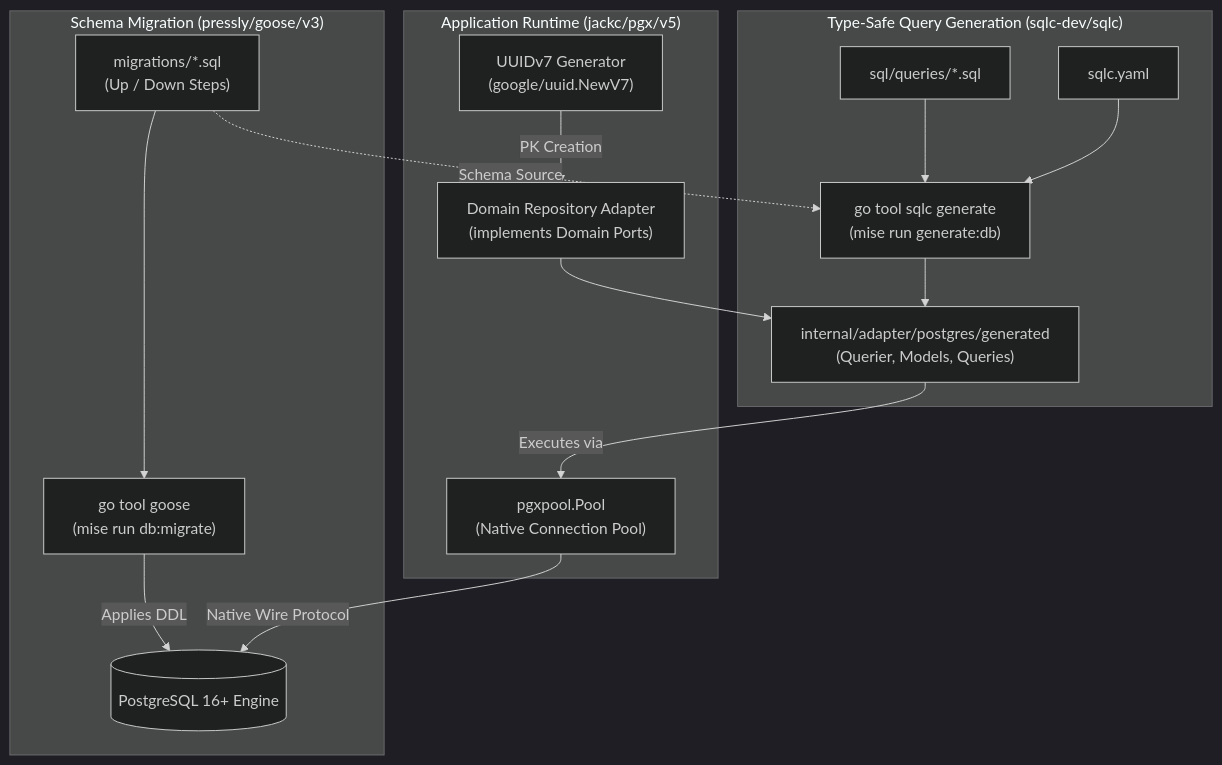
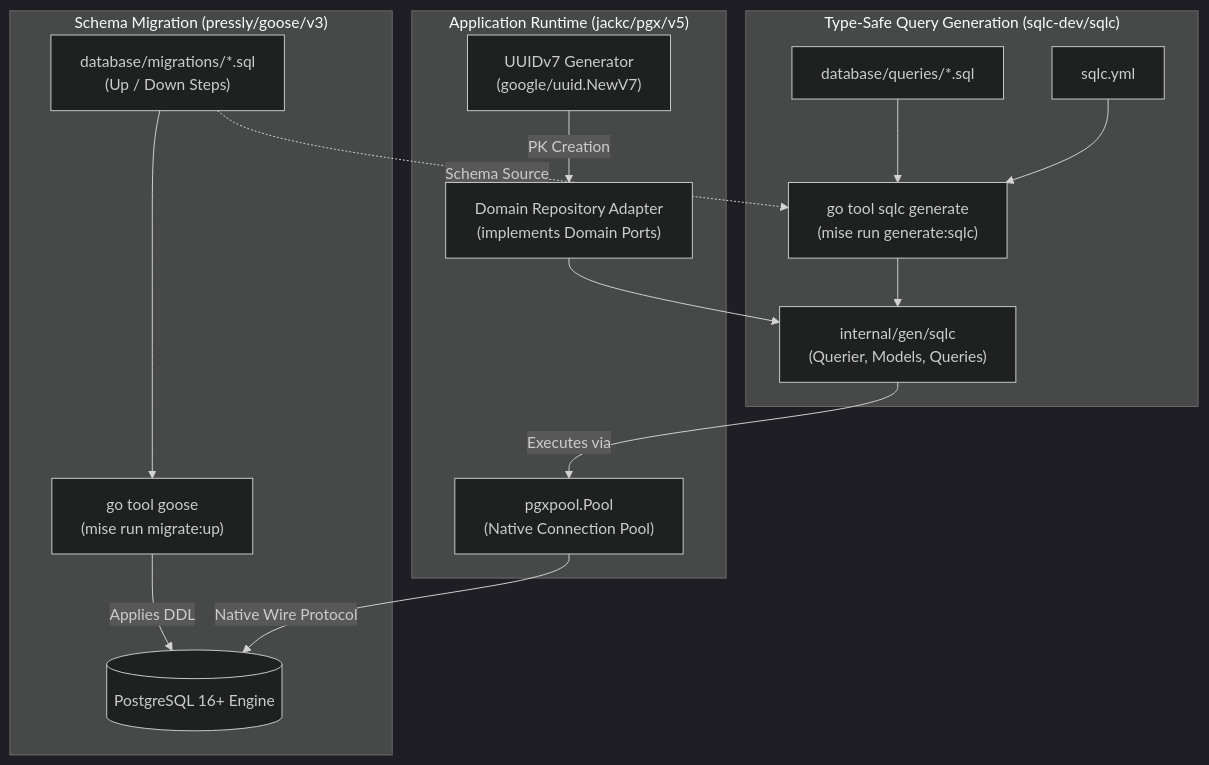
Before and after one commit to netologist/go-service-template: the diagram in docs/decisions/0003-postgresql-persistence-layer.md, drawn with Mermaid (dark theme). The commit also changed other lines of this file and 13 other files, not shown here.

Commit message:
chore(tooling): fix mise and lefthook configs, migrate tests to t.Context, and align docs

````diff
--- a/docs/decisions/0003-postgresql-persistence-layer.md
+++ b/docs/decisions/0003-postgresql-persistence-layer.md
@@ -36,34 +36,34 @@
 ```mermaid
 graph TD
     subgraph Migration ["Schema Migration (pressly/goose/v3)"]
-        MigFiles["migrations/*.sql<br/>(Up / Down Steps)"]
-        GooseCLI["go tool goose<br/>(mise run db:migrate)"]
+        MigFiles["database/migrations/*.sql<br/>(Up / Down Steps)"]
+        GooseCLI["go tool goose<br/>(mise run migrate:up)"]
         PostgresDB[("PostgreSQL 16+ Engine")]
     end
 
     subgraph Codegen ["Type-Safe Query Generation (sqlc-dev/sqlc)"]
-        SqlcConfig["sqlc.yaml"]
-        SqlQueries["sql/queries/*.sql"]
-        SqlcTool["go tool sqlc generate<br/>(mise run generate:db)"]
-        GenRepo["internal/adapter/postgres/generated<br/>(Querier, Models, Queries)"]
+        SqlcConfig["sqlc.yml"]
+        SqlQueries["database/queries/*.sql"]
+        SqlcTool["go tool sqlc generate<br/>(mise run generate:sqlc)"]
+        GenRepo["internal/gen/sqlc<br/>(Querier, Models, Queries)"]
     end
 
     subgraph Runtime ["Application Runtime (jackc/pgx/v5)"]
         PgxPool["pgxpool.Pool<br/>(Native Connection Pool)"]
         UUIDv7["UUIDv7 Generator<br/>(google/uuid.NewV7)"]
         RepoImpl["Domain Repository Adapter<br/>(implements Domain Ports)"]
     end
 
     MigFiles --> GooseCLI
     GooseCLI -->|"Applies DDL"| PostgresDB
 
     MigFiles -.->|"Schema Source"| SqlcTool
     SqlQueries --> SqlcTool
     SqlcConfig --> SqlcTool
     SqlcTool --> GenRepo
 
     UUIDv7 -->|"PK Creation"| RepoImpl
     RepoImpl --> GenRepo
     GenRepo -->|"Executes via"| PgxPool
     PgxPool -->|"Native Wire Protocol"| PostgresDB
 ```
````
